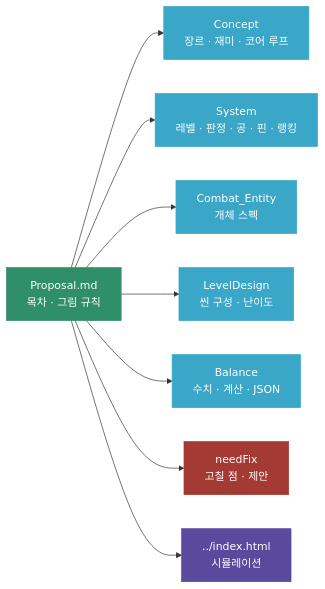
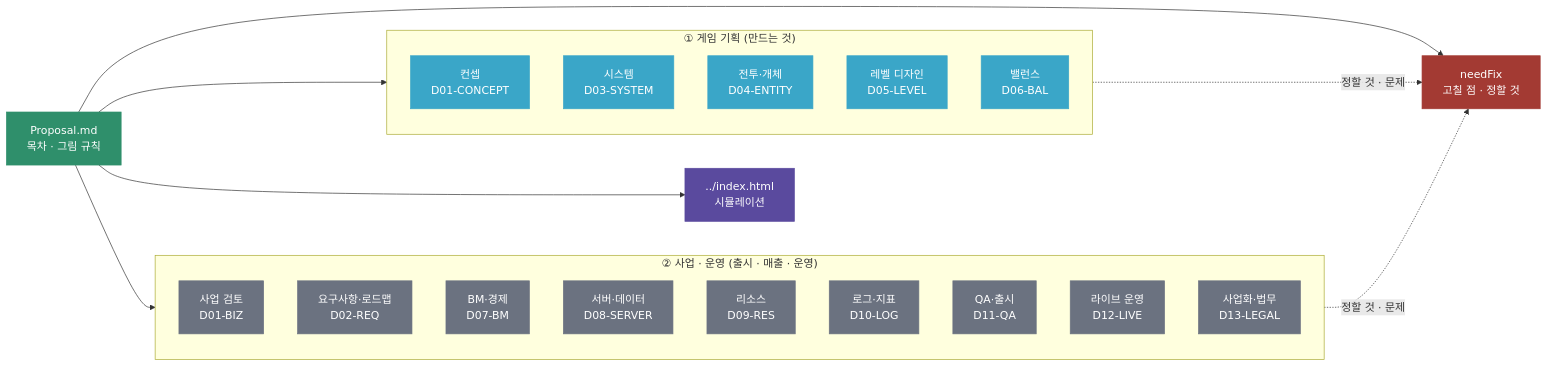
One commit to mijin1996/game-VR-Bowling changed the diagram in docs/Proposal/Proposal.md. Above: the diagram before and after it, drawn with Mermaid. The commit also changed other lines of this file, not shown here.

````diff
--- a/docs/Proposal/Proposal.md
+++ b/docs/Proposal/Proposal.md
@@ -15,23 +38,37 @@
 ```mermaid
 flowchart LR
   P["Proposal.md<br/>목차 · 그림 규칙"]:::scene
-  C1["Concept<br/>장르 · 재미 · 코어 루프"]:::script
-  C2["System<br/>레벨 · 판정 · 공 · 핀 · 랭킹"]:::script
-  C3["Combat_Entity<br/>개체 스펙"]:::script
-  C4["LevelDesign<br/>씬 구성 · 난이도"]:::script
-  C5["Balance<br/>수치 · 계산 · JSON"]:::script
-  S6["needFix<br/>고칠 점 · 제안"]:::data
+  subgraph G1["① 게임 기획 (만드는 것)"]
+    direction TB
+    D01_CONCEPT["컨셉<br/>D01-CONCEPT"]:::script
+    D03_SYSTEM["시스템<br/>D03-SYSTEM"]:::script
+    D04_ENTITY["전투·개체<br/>D04-ENTITY"]:::script
+    D05_LEVEL["레벨 디자인<br/>D05-LEVEL"]:::script
+    D06_BAL["밸런스<br/>D06-BAL"]:::script
+  end
+  subgraph G2["② 사업 · 운영 (출시 · 매출 · 운영)"]
+    direction TB
+    D01_BIZ["사업 검토<br/>D01-BIZ"]:::obj
+    D02_REQ["요구사항·로드맵<br/>D02-REQ"]:::obj
+    D07_BM["BM·경제<br/>D07-BM"]:::obj
+    D08_SERVER["서버·데이터<br/>D08-SERVER"]:::obj
+    D09_RES["리소스<br/>D09-RES"]:::obj
+    D10_LOG["로그·지표<br/>D10-LOG"]:::obj
+    D11_QA["QA·출시<br/>D11-QA"]:::obj
+    D12_LIVE["라이브 운영<br/>D12-LIVE"]:::obj
+    D13_LEGAL["사업화·법무<br/>D13-LEGAL"]:::obj
+  end
+  FIX["needFix<br/>고칠 점 · 정할 것"]:::data
   SIM["../index.html<br/>시뮬레이션"]:::ui
-  P --> C1
-  P --> C2
-  P --> C3
-  P --> C4
-  P --> C5
-  P --> S6
+  P --> G1
+  P --> G2
+  P --> FIX
   P --> SIM
+  G1 -.->|"정할 것 · 문제"| FIX
+  G2 -.->|"정할 것 · 문제"| FIX
   classDef scene fill:#2F8F6B,color:#fff,stroke:#2F8F6B
   classDef script fill:#3AA6C8,color:#fff,stroke:#3AA6C8
   classDef obj fill:#6B7280,color:#fff,stroke:#6B7280
   classDef ui fill:#5A4A9E,color:#fff,stroke:#5A4A9E
   classDef data fill:#A33A33,color:#fff,stroke:#A33A33
 ```
````
